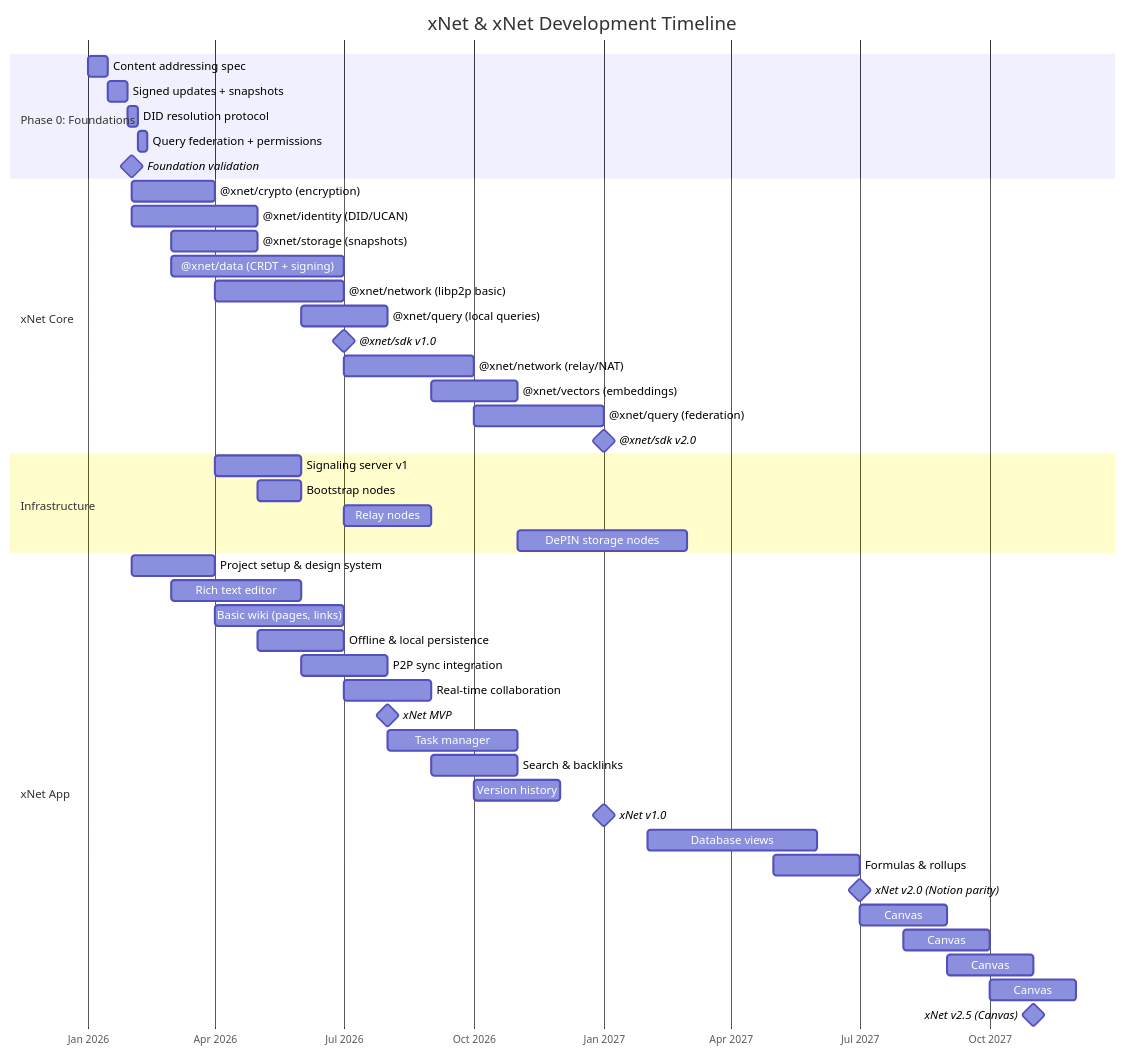
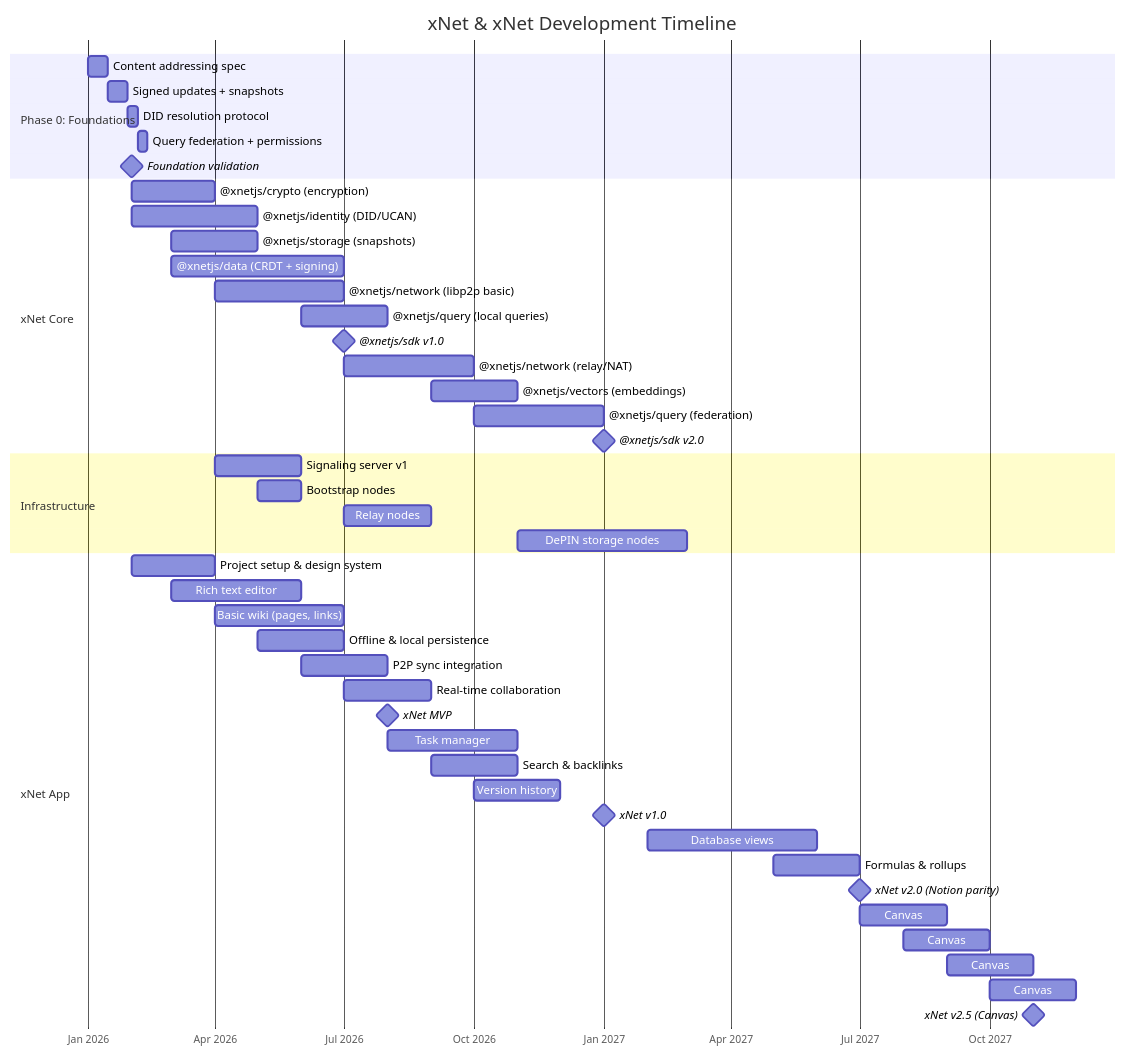
One commit to crs48/xNet changed the first of 3 diagrams in docs/plans/plan00Setup/02-development-timeline.md. Above: the diagram before and after it, drawn with Mermaid. The commit also changed other lines of this file and 980 other files, not shown here.

````diff
--- a/docs/plans/plan00Setup/02-development-timeline.md
+++ b/docs/plans/plan00Setup/02-development-timeline.md
@@ -19,53 +19,53 @@
 ```mermaid
 gantt
     title xNet & xNet Development Timeline
     dateFormat  YYYY-MM
     axisFormat  %b %Y
 
     section Phase 0: Foundations
     Content addressing spec         :f1, 2026-01, 2w
     Signed updates + snapshots      :f2, after f1, 2w
     DID resolution protocol         :f3, after f2, 1w
     Query federation + permissions  :f4, after f3, 1w
     Foundation validation           :milestone, 2026-02, 0d
 
     section xNet Core
-    @xnet/crypto (encryption)       :xc1, 2026-02, 2M
-    @xnet/identity (DID/UCAN)       :xc2, 2026-02, 3M
-    @xnet/storage (snapshots)       :xc3, 2026-03, 2M
-    @xnet/data (CRDT + signing)     :xc4, 2026-03, 4M
-    @xnet/network (libp2p basic)    :xc5, 2026-04, 3M
-    @xnet/query (local queries)     :xc6, 2026-06, 2M
-    @xnet/sdk v1.0                  :milestone, 2026-07, 0d
-    @xnet/network (relay/NAT)       :xc7, 2026-07, 3M
-    @xnet/vectors (embeddings)      :xc8, 2026-09, 2M
-    @xnet/query (federation)        :xc9, 2026-10, 3M
-    @xnet/sdk v2.0                  :milestone, 2027-01, 0d
+    @xnetjs/crypto (encryption)       :xc1, 2026-02, 2M
+    @xnetjs/identity (DID/UCAN)       :xc2, 2026-02, 3M
+    @xnetjs/storage (snapshots)       :xc3, 2026-03, 2M
+    @xnetjs/data (CRDT + signing)     :xc4, 2026-03, 4M
+    @xnetjs/network (libp2p basic)    :xc5, 2026-04, 3M
+    @xnetjs/query (local queries)     :xc6, 2026-06, 2M
+    @xnetjs/sdk v1.0                  :milestone, 2026-07, 0d
+    @xnetjs/network (relay/NAT)       :xc7, 2026-07, 3M
+    @xnetjs/vectors (embeddings)      :xc8, 2026-09, 2M
+    @xnetjs/query (federation)        :xc9, 2026-10, 3M
+    @xnetjs/sdk v2.0                  :milestone, 2027-01, 0d
 
     section Infrastructure
     Signaling server v1             :xi1, 2026-04, 2M
     Bootstrap nodes                 :xi2, 2026-05, 1M
     Relay nodes                     :xi3, 2026-07, 2M
     DePIN storage nodes             :xi4, 2026-11, 4M
 
     section xNet App
     Project setup & design system   :xn1, 2026-02, 2M
     Rich text editor                :xn2, 2026-03, 3M
     Basic wiki (pages, links)       :xn3, 2026-04, 3M
     Offline & local persistence     :xn4, 2026-05, 2M
     P2P sync integration            :xn5, 2026-06, 2M
     Real-time collaboration         :xn6, 2026-07, 2M
     xNet MVP                      :milestone, 2026-08, 0d
     Task manager                    :xn7, 2026-08, 3M
     Search & backlinks              :xn8, 2026-09, 2M
     Version history                 :xn9, 2026-10, 2M
     xNet v1.0                     :milestone, 2027-01, 0d
     Database views                  :xn10, 2027-02, 4M
     Formulas & rollups              :xn11, 2027-05, 2M
     xNet v2.0 (Notion parity)     :milestone, 2027-07, 0d
     Canvas: spatial indexing        :xn12, 2027-07, 2M
     Canvas: node rendering          :xn13, 2027-08, 2M
     Canvas: auto-layout             :xn14, 2027-09, 2M
     Canvas: embedded editing        :xn15, 2027-10, 2M
     xNet v2.5 (Canvas)            :milestone, 2027-11, 0d
 ```
````
